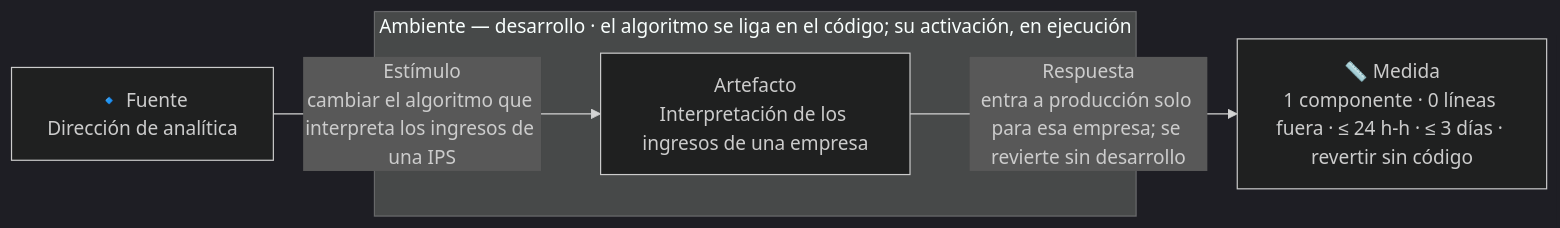
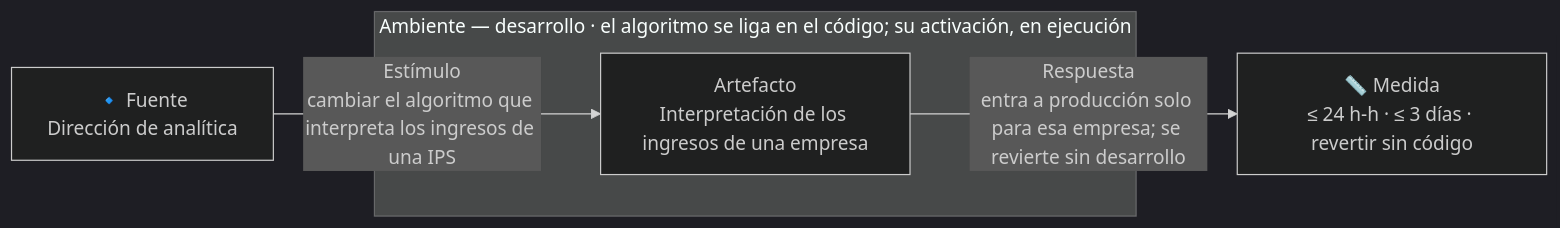
One commit to MATI-MBIT/arqsoft-reto-3 changed the third of 4 diagrams in docs/quality-attributes.md. Above: the diagram before and after it, drawn with Mermaid (dark theme). The commit also changed other lines of this file and 2 other files, not shown here.

````diff
--- a/docs/quality-attributes.md
+++ b/docs/quality-attributes.md
@@ -129,9 +125,9 @@
 ```mermaid
 flowchart LR
     F["🔹 Fuente<br/>Dirección de analítica"]
     F -- "Estímulo<br/>cambiar el algoritmo que interpreta los ingresos de una IPS" --> A
     subgraph AMB["Ambiente — desarrollo · el algoritmo se liga en el código; su activación, en ejecución"]
         A["Artefacto<br/>Interpretación de los ingresos de una empresa"]
     end
-    A -- "Respuesta<br/>entra a producción solo para esa empresa; se revierte sin desarrollo" --> M["📏 Medida<br/>1 componente · 0 líneas fuera · ≤ 24 h-h · ≤ 3 días · revertir sin código"]
+    A -- "Respuesta<br/>entra a producción solo para esa empresa; se revierte sin desarrollo" --> M["📏 Medida<br/>≤ 24 h-h · ≤ 3 días · revertir sin código"]
 ```
````
